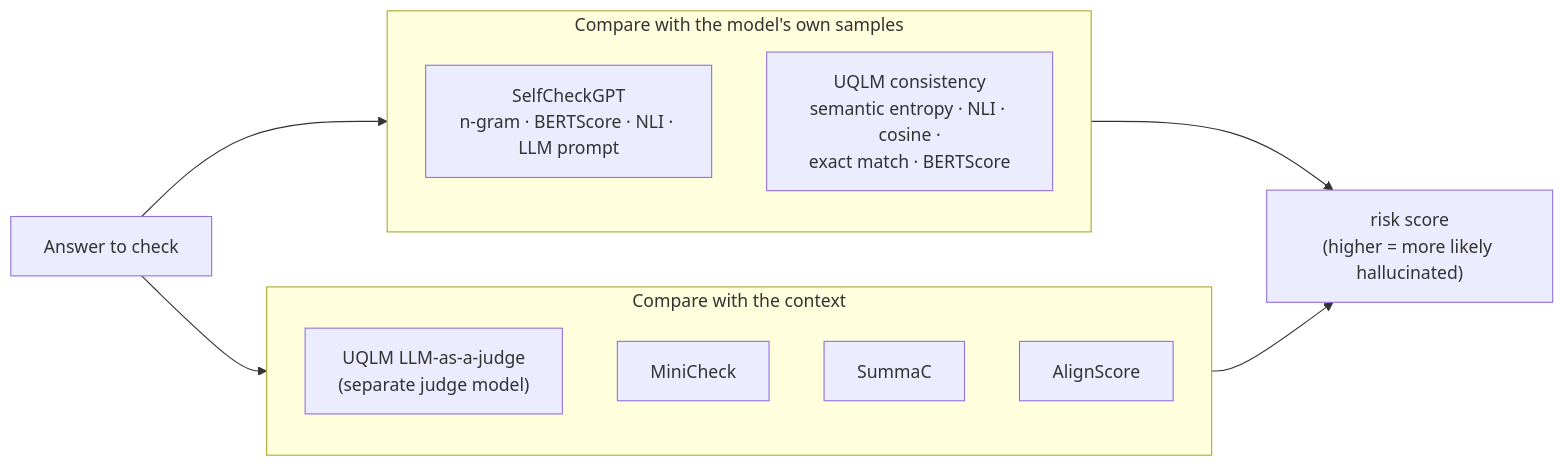
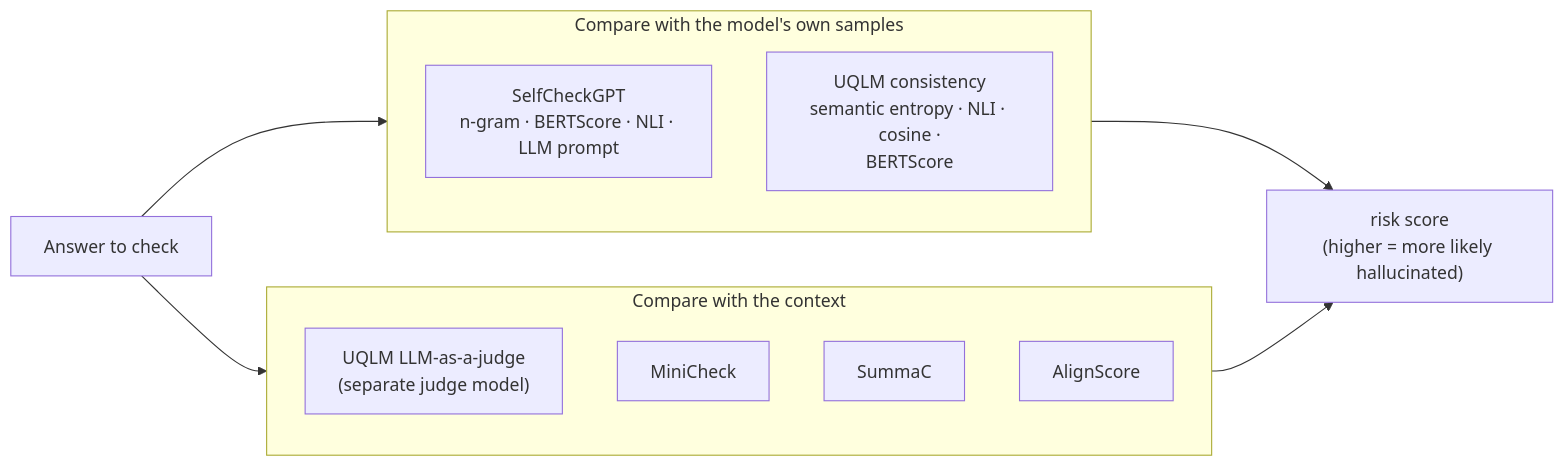
One commit to DharambirAgrawal/LLM-hallucination-Research changed the third of 3 diagrams in README.md. Above: the diagram before and after it, drawn with Mermaid. The commit also changed other lines of this file and 18 other files, not shown here.

````diff
--- a/README.md
+++ b/README.md
@@ -100,18 +106,18 @@
 ```mermaid
 flowchart LR
     ans["Answer to check"]
     subgraph S["Compare with the model's own samples"]
         sc["SelfCheckGPT<br/>n-gram · BERTScore · NLI · LLM prompt"]
-        uq["UQLM consistency<br/>semantic entropy · NLI · cosine ·<br/>exact match · BERTScore"]
+        uq["UQLM consistency<br/>semantic entropy · NLI · cosine ·<br/>BERTScore"]
     end
     subgraph C["Compare with the context"]
         jd["UQLM LLM-as-a-judge<br/>(separate judge model)"]
         mc["MiniCheck"]
         su["SummaC"]
         al["AlignScore"]
     end
     ans --> S
     ans --> C
     S --> r["risk score<br/>(higher = more likely hallucinated)"]
     C --> r
 ```
````
